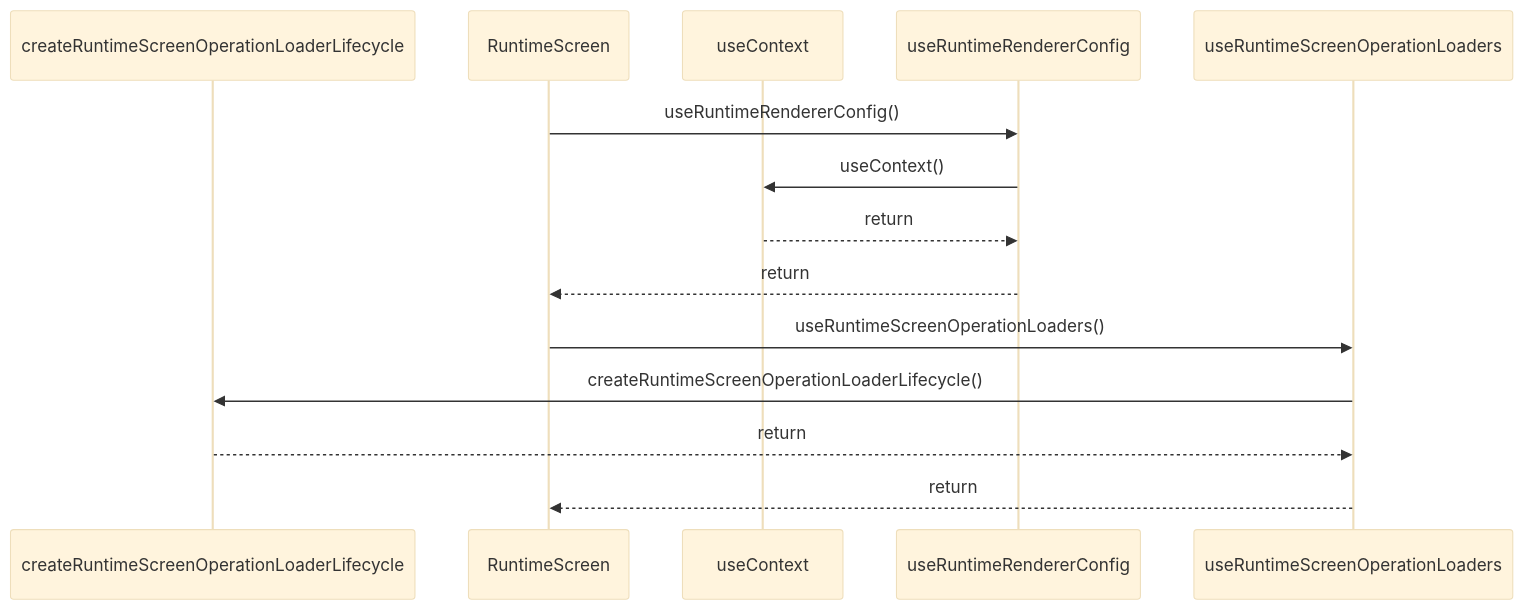
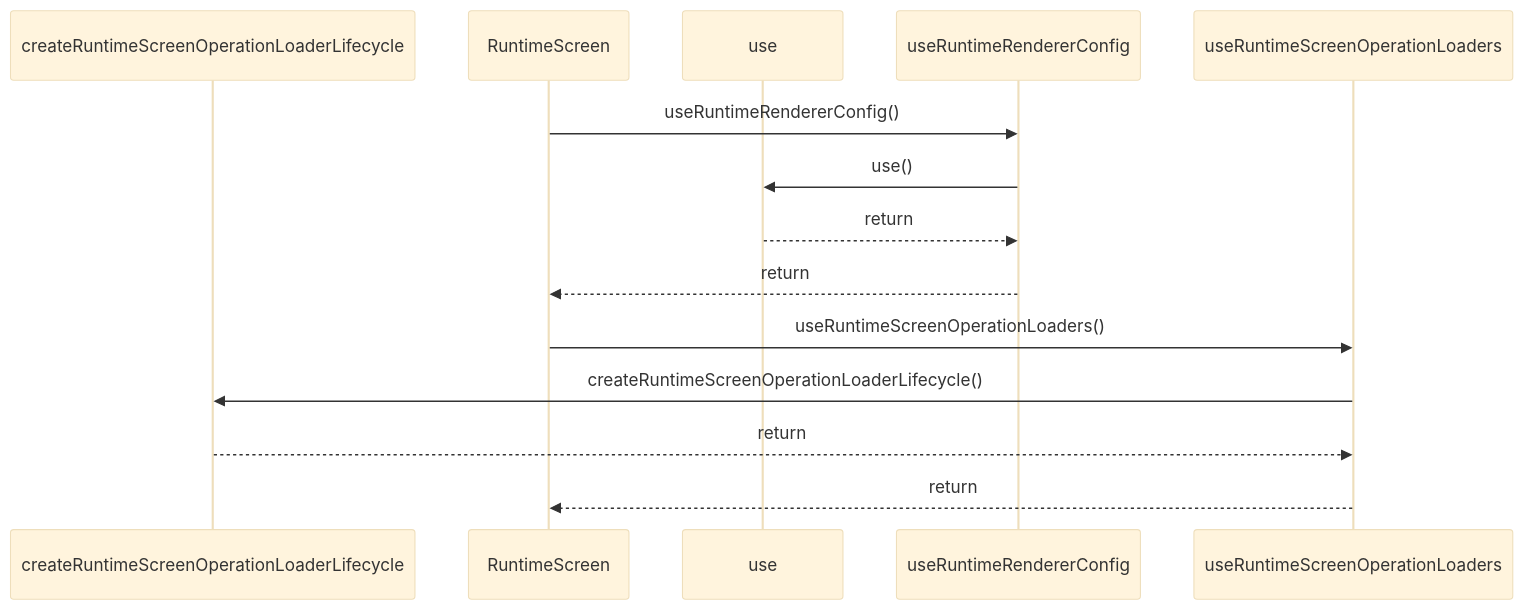
The diagram in paradox/diagrams/sequences/runtime-screen.mmd (ankhorage/runtime), drawn with Mermaid (base theme) before and after one commit. The commit also changed 41 other files, not shown here.

```diff
--- a/paradox/diagrams/sequences/runtime-screen.mmd
+++ b/paradox/diagrams/sequences/runtime-screen.mmd
@@ -1,14 +1,14 @@
 sequenceDiagram
   participant participant_createRuntimeScreenOperationLoaderLifecycle as createRuntimeScreenOperationLoaderLifecycle
   participant participant_RuntimeScreen as RuntimeScreen
-  participant participant_useContext as useContext
+  participant participant_use as use
   participant participant_useRuntimeRendererConfig as useRuntimeRendererConfig
   participant participant_useRuntimeScreenOperationLoaders as useRuntimeScreenOperationLoaders
   participant_RuntimeScreen->>participant_useRuntimeRendererConfig: useRuntimeRendererConfig()
-  participant_useRuntimeRendererConfig->>participant_useContext: useContext()
-  participant_useContext-->>participant_useRuntimeRendererConfig: return
+  participant_useRuntimeRendererConfig->>participant_use: use()
+  participant_use-->>participant_useRuntimeRendererConfig: return
   participant_useRuntimeRendererConfig-->>participant_RuntimeScreen: return
   participant_RuntimeScreen->>participant_useRuntimeScreenOperationLoaders: useRuntimeScreenOperationLoaders()
   participant_useRuntimeScreenOperationLoaders->>participant_createRuntimeScreenOperationLoaderLifecycle: createRuntimeScreenOperationLoaderLifecycle()
   participant_createRuntimeScreenOperationLoaderLifecycle-->>participant_useRuntimeScreenOperationLoaders: return
   participant_useRuntimeScreenOperationLoaders-->>participant_RuntimeScreen: return
```
